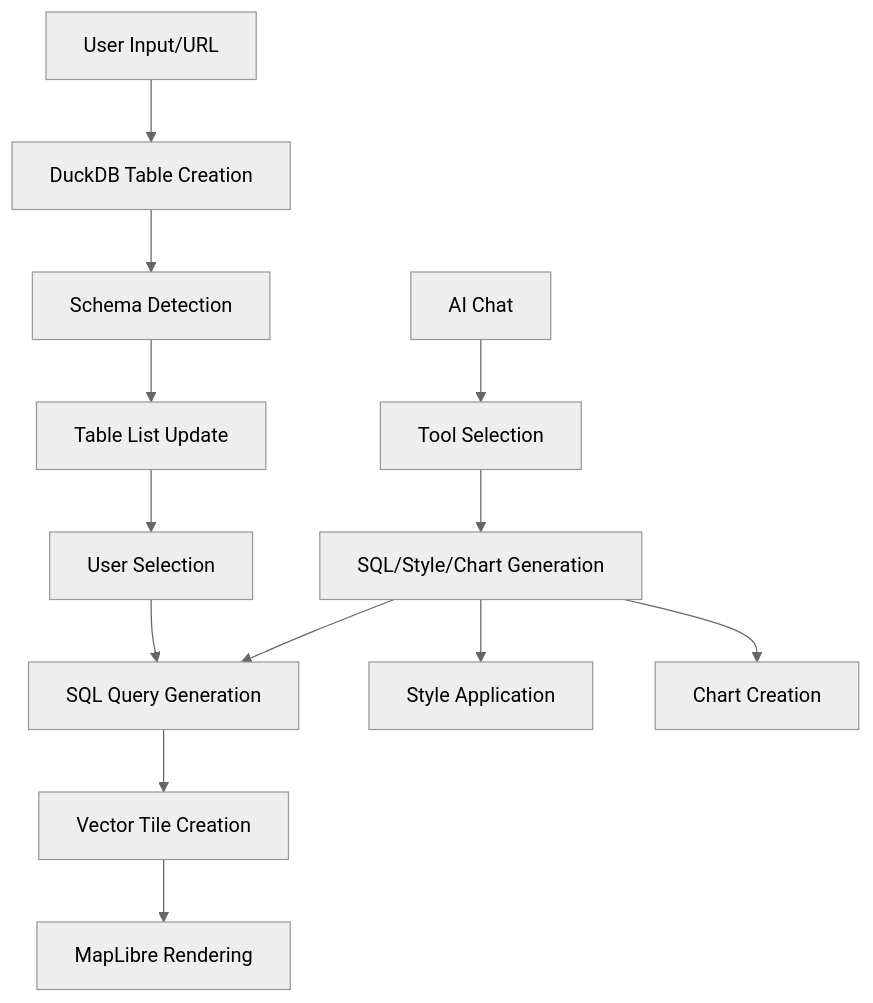
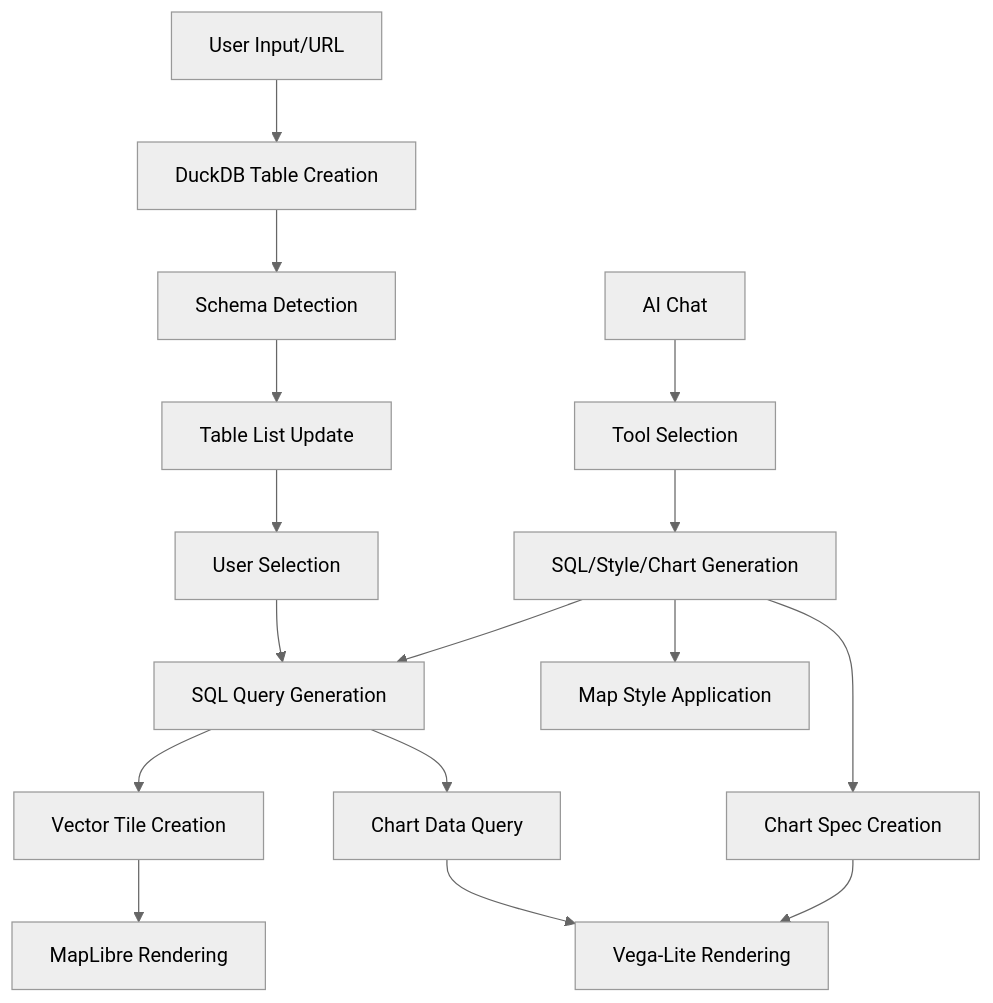
One commit to eukarya-inc/geo-chat changed the diagram in ARCHITECTURE.md. Above: the diagram before and after it, drawn with Mermaid (neutral theme). The commit also changed other lines of this file and 44 other files, not shown here.

````diff
--- a/ARCHITECTURE.md
+++ b/ARCHITECTURE.md
@@ -201,16 +249,21 @@
 ```mermaid
 graph TD
     A[User Input/URL] --> B[DuckDB Table Creation]
     B --> C[Schema Detection]
     C --> D[Table List Update]
     D --> E[User Selection]
     E --> F[SQL Query Generation]
+    
     F --> G[Vector Tile Creation]
     G --> H[MapLibre Rendering]
+    
+    F --> N[Chart Data Query]
+    N --> O[Vega-Lite Rendering]
     
     I[AI Chat] --> J[Tool Selection]
     J --> K[SQL/Style/Chart Generation]
     K --> F
-    K --> L[Style Application]
-    K --> M[Chart Creation]
+    K --> L[Map Style Application]
+    K --> M[Chart Spec Creation]
+    M --> O
 ```
````
